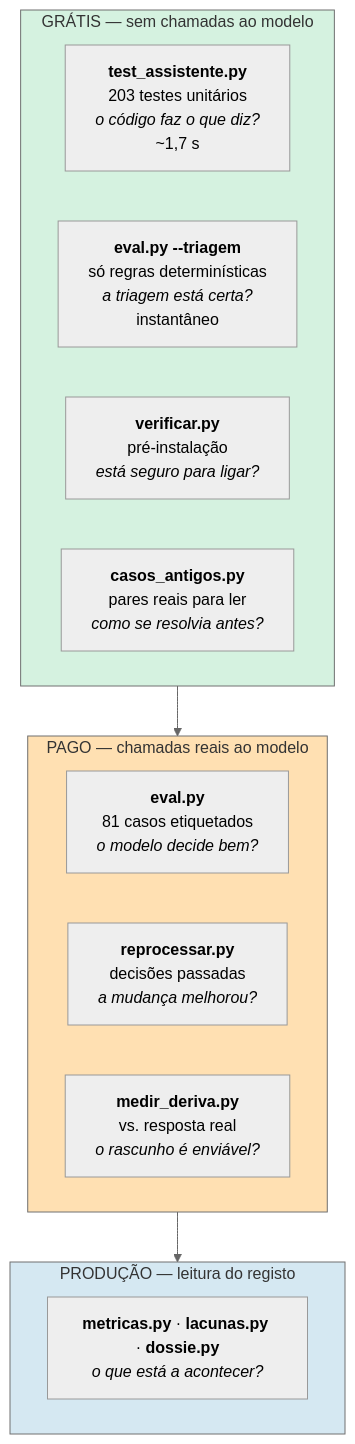
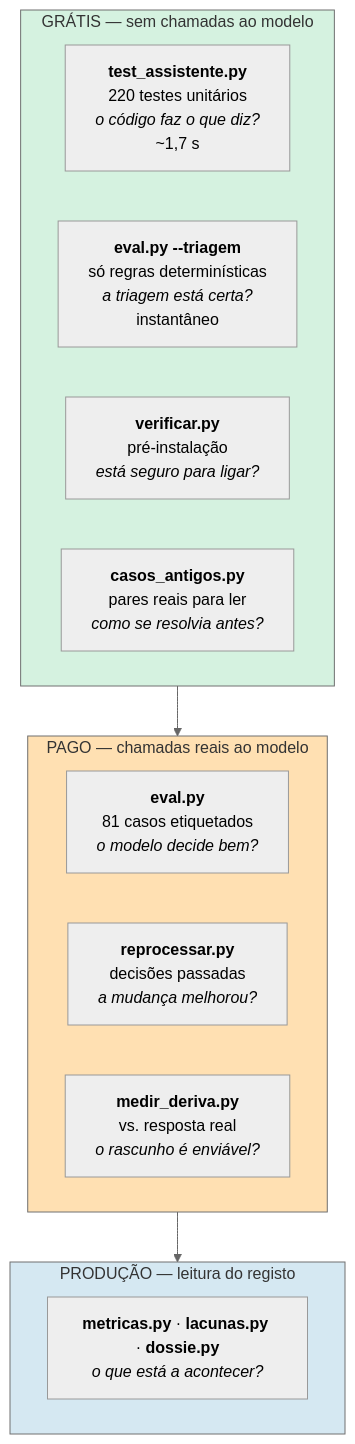
Before and after one commit to joaocarvalhini/Outlook-Reply-Assistant: the first of 3 diagrams in docs/05-reliability/qa.md, drawn with Mermaid (neutral theme). The commit also changed other lines of this file and 18 other files, not shown here.

````diff
--- a/docs/05-reliability/qa.md
+++ b/docs/05-reliability/qa.md
@@ -19,22 +19,22 @@
 ```mermaid
 flowchart TB
     subgraph G["GRÁTIS — sem chamadas ao modelo"]
-        T1["<b>test_assistente.py</b><br/>203 testes unitários<br/><i>o código faz o que diz?</i><br/>~1,7 s"]
+        T1["<b>test_assistente.py</b><br/>220 testes unitários<br/><i>o código faz o que diz?</i><br/>~1,7 s"]
         T2["<b>eval.py --triagem</b><br/>só regras determinísticas<br/><i>a triagem está certa?</i><br/>instantâneo"]
         T3["<b>verificar.py</b><br/>pré-instalação<br/><i>está seguro para ligar?</i>"]
         T4["<b>casos_antigos.py</b><br/>pares reais para ler<br/><i>como se resolvia antes?</i>"]
     end
     subgraph P["PAGO — chamadas reais ao modelo"]
         T5["<b>eval.py</b><br/>81 casos etiquetados<br/><i>o modelo decide bem?</i>"]
         T6["<b>reprocessar.py</b><br/>decisões passadas<br/><i>a mudança melhorou?</i>"]
         T7["<b>medir_deriva.py</b><br/>vs. resposta real<br/><i>o rascunho é enviável?</i>"]
     end
     subgraph PR["PRODUÇÃO — leitura do registo"]
         T8["<b>metricas.py</b> · <b>lacunas.py</b> · <b>dossie.py</b><br/><i>o que está a acontecer?</i>"]
     end
 
     G --> P --> PR
     style G fill:#d5f2e0
     style P fill:#ffe0b2
     style PR fill:#d5e8f2
 ```
````
